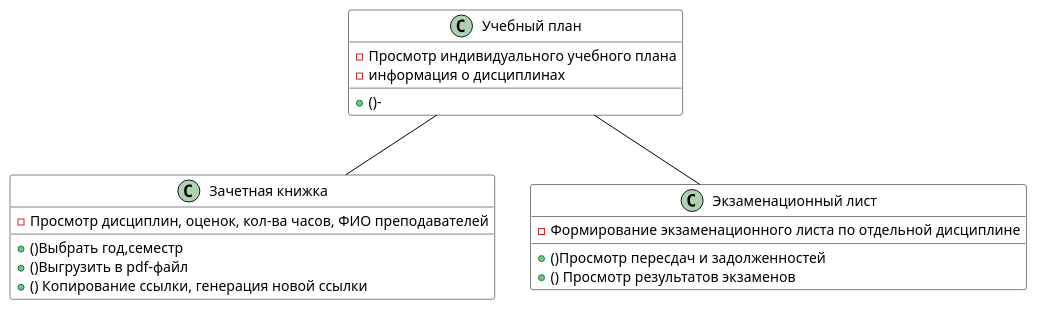
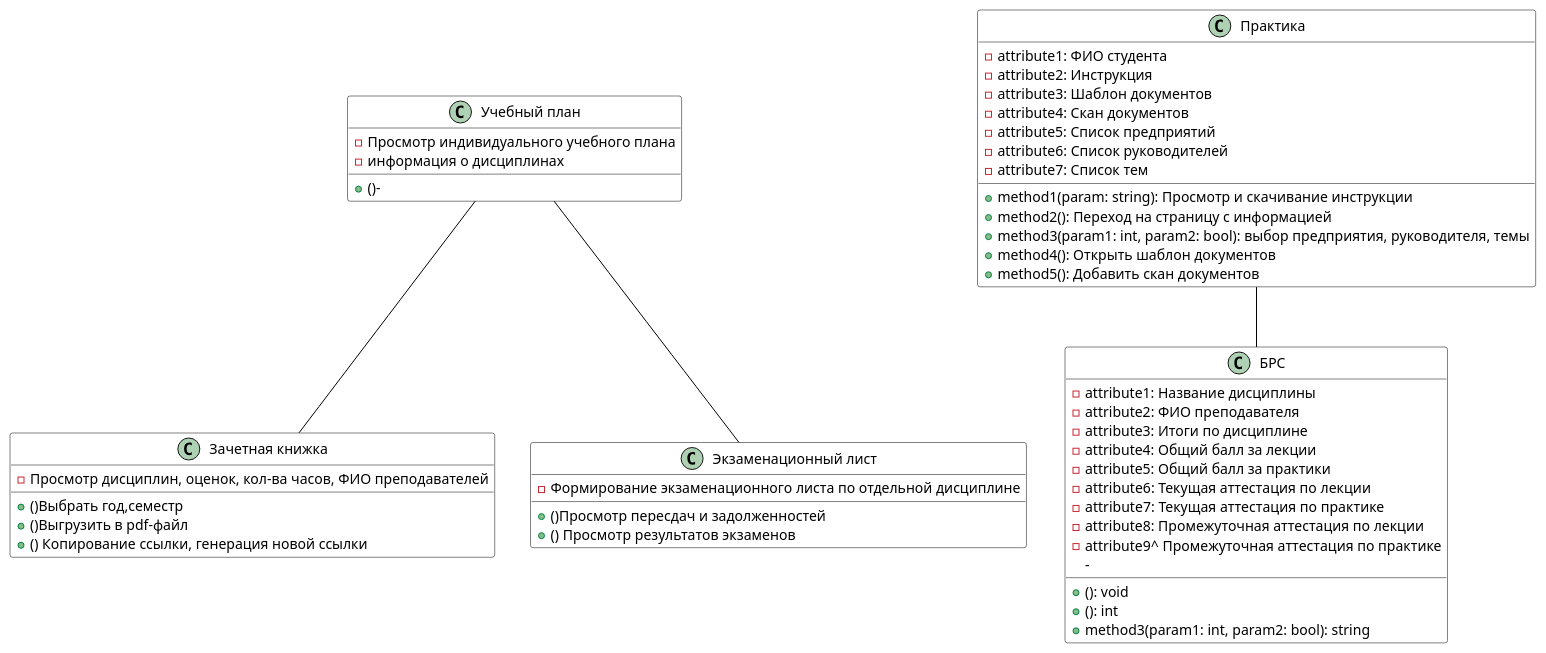
The diagram in test2.puml (AEKCOOL1905/first_repo), drawn with PlantUML before and after one commit.

```diff
--- a/test2.puml
+++ b/test2.puml
@@ -1,83 +1,136 @@
 @startuml
 
 ' Настройка стиля для прямоугольника
 skinparam class {
     BackgroundColor #FFF
     BorderColor #000
     ArrowColor #000
     FontName Arial
 }
 
 ' Класс с атрибутами и методами
 
 class "Учебный план" as учебныйплан {
   ' Атрибуты (поля класса)
   - Просмотр индивидуального учебного плана
   - информация о дисциплинах
  
 
  ' Методы (функции класса)
 
   + ()-
 
 }
 
 ' Можно добавить связь с другим классом (опционально)
 ' class AnotherClass
 ' MyClass --> AnotherClass : "использует"
 учебныйплан--Зачетнаякнижка
 
 
 
 ' Настройка стиля для прямоугольника
 skinparam class {
     BackgroundColor #FFF
     BorderColor #000
     ArrowColor #000
     FontName Arial
 }
 
 ' Класс с атрибутами и методами
 
 class "Зачетная книжка" as Зачетнаякнижка {
   ' Атрибуты (поля класса)
   - Просмотр дисциплин, оценок, кол-ва часов, ФИО преподавателей
 
   ' Методы (функции класса)
   +()Выбрать год,семестр
   +()Выгрузить в pdf-файл
   +() Копирование ссылки, генерация новой ссылки
 }
 
 ' Можно добавить связь с другим классом (опционально)
 ' class AnotherClass
 ' MyClass --> AnotherClass : "использует"
 ' Можно добавить связь с другим классом (опционально)
 ' class AnotherClass
 ' MyClass --> AnotherClass : "использует"
 учебныйплан--Экзаменационныйлист
 
 ' Настройка стиля для прямоугольника
 skinparam class {
     BackgroundColor #FFF
     BorderColor #000
     ArrowColor #000
     FontName Arial
 }
 
 ' Класс с атрибутами и методами
 class "Экзаменационный лист" as Экзаменационныйлист {
   ' Атрибуты (поля класса)
   -  Формирование экзаменационного листа по отдельной дисциплине
  
   ' Методы (функции класса)
   + ()Просмотр пересдач и задолженностей 
   + () Просмотр результатов экзаменов
 
 }
 
 ' Можно добавить связь с другим классом (опционально)
 ' class AnotherClass
 ' MyClass --> AnotherClass : "использует"g
 
+' Класс с атрибутами и методами
+class "Практика" as MyClass {
+  ' Атрибуты (поля класса)
+  - attribute1: ФИО студента
+  - attribute2: Инструкция
+  - attribute3: Шаблон документов
+  - attribute4: Скан документов
+  - attribute5: Список предприятий
+  - attribute6: Список руководителей
+  - attribute7: Список тем
+  ' Методы (функции класса)
+  + method1(param: string): Просмотр и скачивание инструкции
+  + method2(): Переход на страницу с информацией
+  + method3(param1: int, param2: bool): выбор предприятия, руководителя, темы
+  + method4(): Открыть шаблон документов
+  + method5(): Добавить скан документов
+}
+
+' Можно добавить связь с другим классом (опционально)
+' class AnotherClass
+' MyClass --> AnotherClass : "использует"
+MyClass--BRS
+
+' Настройка стиля для прямоугольника
+skinparam class {
+    BackgroundColor #FFF
+    BorderColor #000
+    ArrowColor #000
+    FontName Arial
+}
+
+' Класс с атрибутами и методами
+class "БРС" as BRS {
+  ' Атрибуты (поля класса)
+  - attribute1: Название дисциплины
+  - attribute2: ФИО преподавателя
+  - attribute3: Итоги по дисциплине
+  - attribute4: Общий балл за лекции
+  - attribute5: Общий балл за практики
+  - attribute6: Текущая аттестация по лекции
+  - attribute7: Текущая аттестация по практике
+  - attribute8: Промежуточная аттестация по лекции
+  - attribute9^ Промежуточная аттестация по практике
+  - 
+  ' Методы (функции класса)
+  + (): void
+  +  (): int
+  + method3(param1: int, param2: bool): string
+}
+' Можно добавить связь с другим классом (опционально)
+' class AnotherClass
+' MyClass --> AnotherClass : "использует"
+
 @enduml
```
